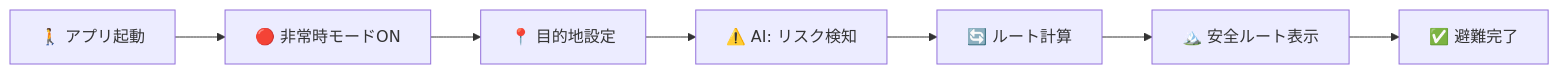
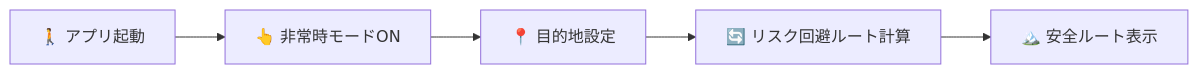
One commit to Ryg-appdev/safe-routing-ai-navigation changed the third of 3 diagrams in Docs/確定/diagrams/02_ユーザージャーニー.md. Above: the diagram before and after it, drawn with Mermaid. The commit also changed other lines of this file and 1 other file, not shown here.

````diff
--- a/Docs/確定/diagrams/02_ユーザージャーニー.md
+++ b/Docs/確定/diagrams/02_ユーザージャーニー.md
@@ -14,9 +25,7 @@
 ```mermaid
 flowchart LR
-    A[🚶 アプリ起動] --> B[🔴 非常時モードON]
+    A[🚶 アプリ起動] --> B[👆 非常時モードON]
     B --> C[📍 目的地設定]
-    C --> D[⚠️ AI: リスク検知]
-    D --> E[🔄 ルート計算]
-    E --> F[🏔️ 安全ルート表示]
-    F --> G[✅ 避難完了]
+    C --> D[🔄 リスク回避ルート計算]
+    D --> E[🏔️ 安全ルート表示]
 ```
````
